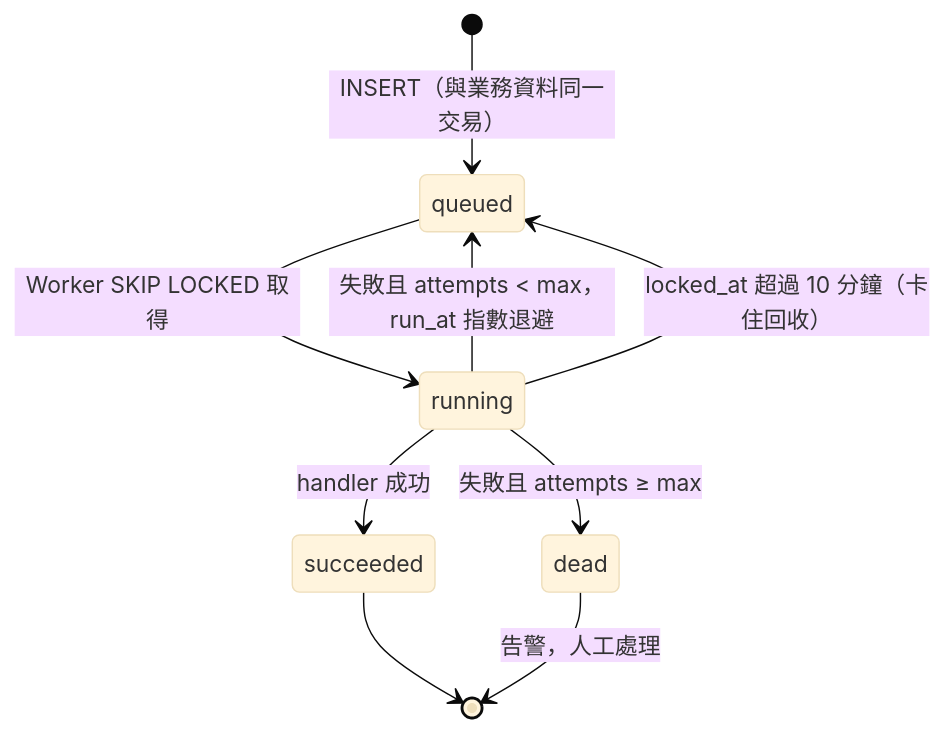
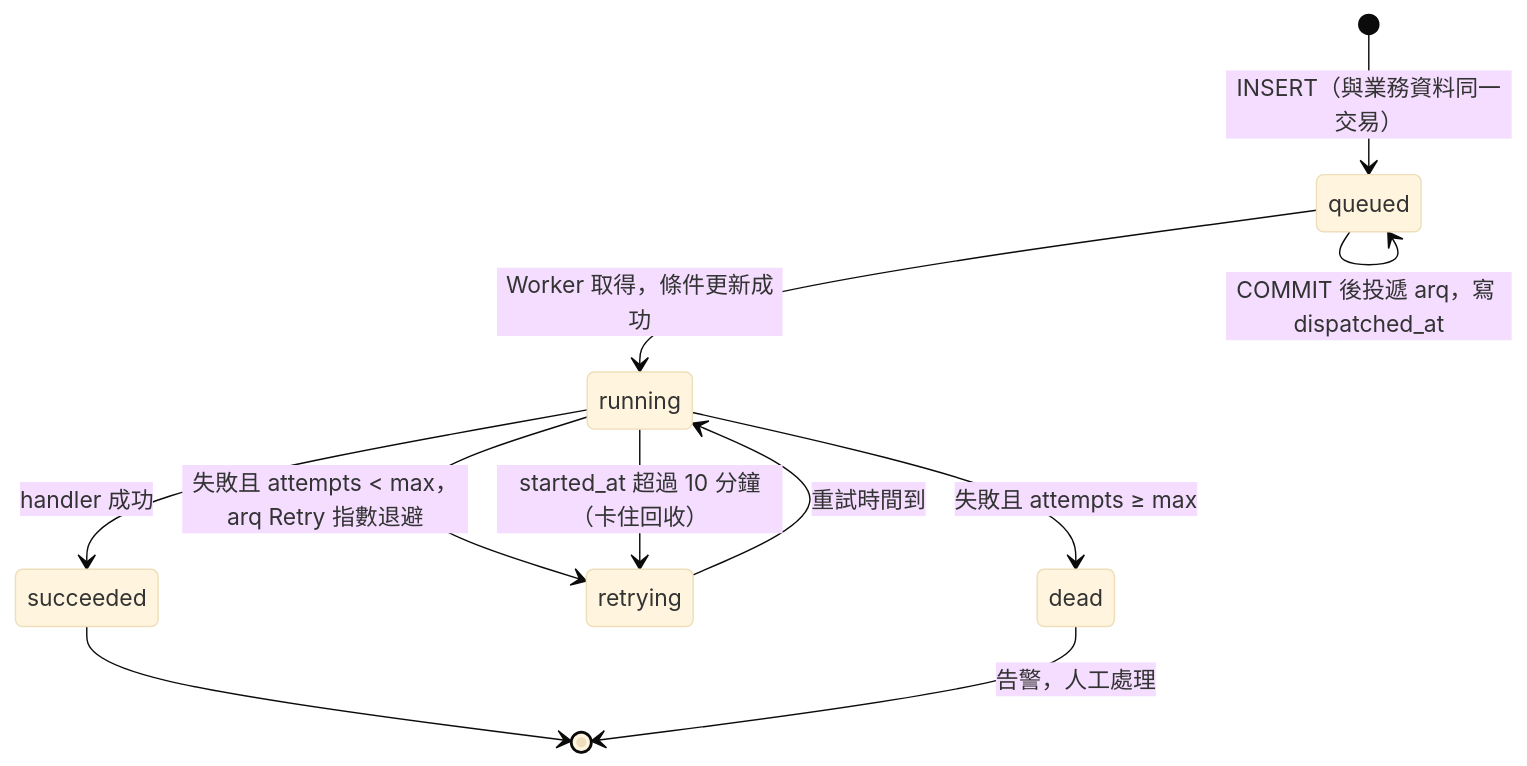
Diagram 24 of 28 in spec/flows.md (WilliamTsai1227/AI_Interview), drawn with Mermaid (base theme) before and after one commit. The commit also changed other lines of this file and 3 other files, not shown here.

````diff
--- a/spec/flows.md
+++ b/spec/flows.md
@@ -703,11 +731,13 @@
 ```mermaid
 stateDiagram-v2
     [*] --> queued: INSERT（與業務資料同一交易）
-    queued --> running: Worker SKIP LOCKED 取得
+    queued --> queued: COMMIT 後投遞 arq，寫 dispatched_at
+    queued --> running: Worker 取得，條件更新成功
     running --> succeeded: handler 成功
-    running --> queued: 失敗且 attempts < max，run_at 指數退避
+    running --> retrying: 失敗且 attempts < max，arq Retry 指數退避
+    retrying --> running: 重試時間到
     running --> dead: 失敗且 attempts ≥ max
-    running --> queued: locked_at 超過 10 分鐘（卡住回收）
+    running --> retrying: started_at 超過 10 分鐘（卡住回收）
     succeeded --> [*]
     dead --> [*]: 告警，人工處理
 ```
````
